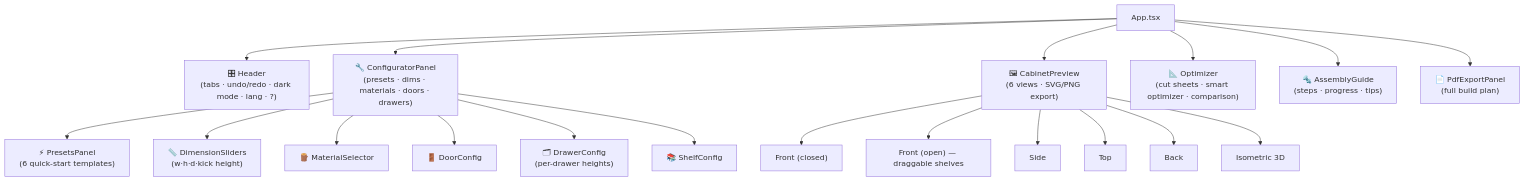
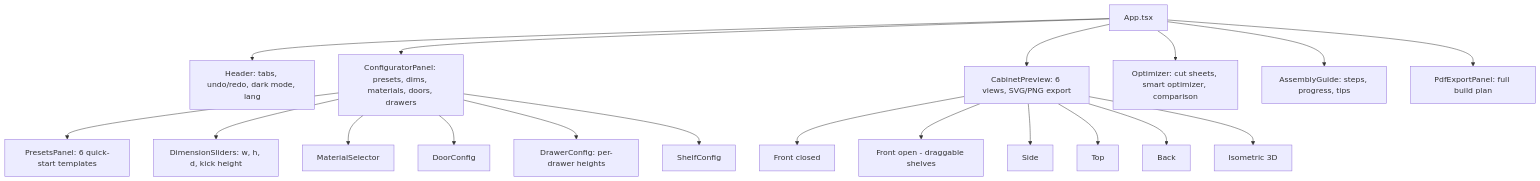
Before and after one commit to RajwanYair/WoodworkingShop: the second of 4 diagrams in docs/ARCHITECTURE.md, drawn with Mermaid. The commit also changed other lines of this file and 6 other files, not shown here.

Commit message:
fix(a11y+docs): Mermaid 8.8.0 compat, ARIA fixes, accessibility improvements

````diff
--- a/docs/ARCHITECTURE.md
+++ b/docs/ARCHITECTURE.md
@@ -137,24 +137,24 @@
 ```mermaid
 graph TD
   App[App.tsx]
-  App --> Header["🎛 Header\n(tabs · undo/redo · dark mode · lang · ?)"]
-  App --> Sidebar["🔧 ConfiguratorPanel\n(presets · dims · materials · doors · drawers)"]
-  App --> Preview["🖼 CabinetPreview\n(6 views · SVG/PNG export)"]
-  App --> Optimizer["📐 Optimizer\n(cut sheets · smart optimizer · comparison)"]
-  App --> Assembly["🔩 AssemblyGuide\n(steps · progress · tips)"]
-  App --> PDF["📄 PdfExportPanel\n(full build plan)"]
+  App --> Header["Header: tabs, undo/redo, dark mode, lang"]
+  App --> Sidebar["ConfiguratorPanel: presets, dims, materials, doors, drawers"]
+  App --> Preview["CabinetPreview: 6 views, SVG/PNG export"]
+  App --> Optimizer["Optimizer: cut sheets, smart optimizer, comparison"]
+  App --> Assembly["AssemblyGuide: steps, progress, tips"]
+  App --> PDF["PdfExportPanel: full build plan"]
 
-  Sidebar --> PresetsPanel["⚡ PresetsPanel\n(6 quick-start templates)"]
-  Sidebar --> DimSliders["📏 DimensionSliders\n(w·h·d·kick height)"]
-  Sidebar --> MatSel["🪵 MaterialSelector"]
-  Sidebar --> DoorConfig["🚪 DoorConfig"]
-  Sidebar --> DrawerConfig["🗂 DrawerConfig\n(per-drawer heights)"]
-  Sidebar --> ShelfConfig["📚 ShelfConfig"]
+  Sidebar --> PresetsPanel["PresetsPanel: 6 quick-start templates"]
+  Sidebar --> DimSliders["DimensionSliders: w, h, d, kick height"]
+  Sidebar --> MatSel["MaterialSelector"]
+  Sidebar --> DoorConfig["DoorConfig"]
+  Sidebar --> DrawerConfig["DrawerConfig: per-drawer heights"]
+  Sidebar --> ShelfConfig["ShelfConfig"]
 
-  Preview --> FrontClosed["Front (closed)"]
-  Preview --> FrontOpen["Front (open) — draggable shelves"]
+  Preview --> FrontClosed["Front closed"]
+  Preview --> FrontOpen["Front open - draggable shelves"]
   Preview --> SideView["Side"]
   Preview --> TopView["Top"]
   Preview --> BackView["Back"]
   Preview --> Iso3D["Isometric 3D"]
 ```
````
